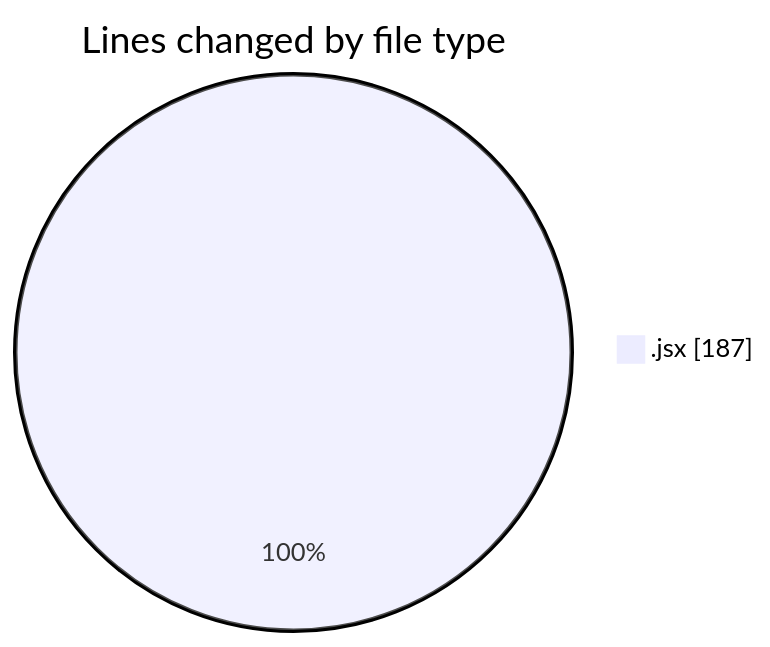
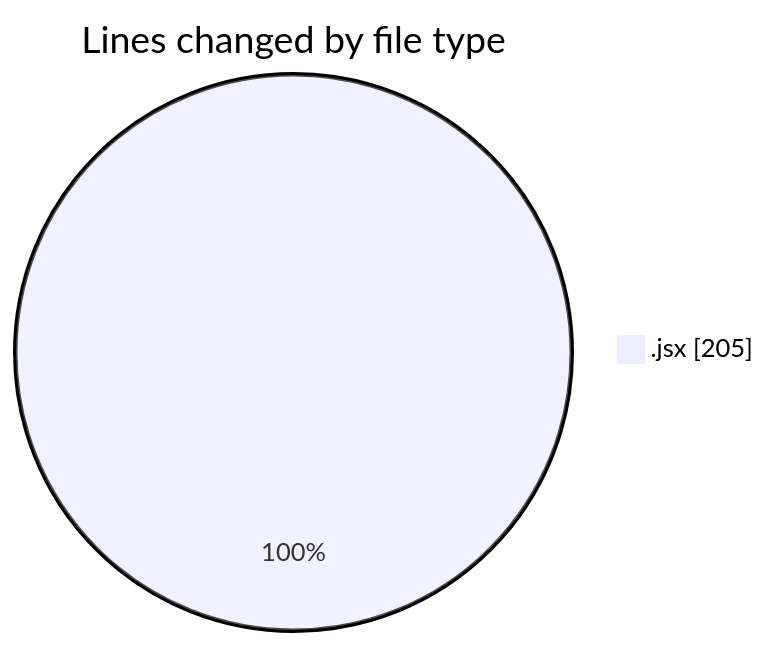
Before and after one commit to momahboobian/code-tracking: the first of 2 diagrams in 2026-02-10/cda/README.md, drawn with Mermaid. The commit also changed other lines of this file and 1 other file, not shown here.

````diff
--- a/2026-02-10/cda/README.md
+++ b/2026-02-10/cda/README.md
@@ -20,5 +21,5 @@
 ```mermaid
 pie showData
 title Lines changed by file type
-".jsx" : 187
+".jsx" : 205
 ```
````
